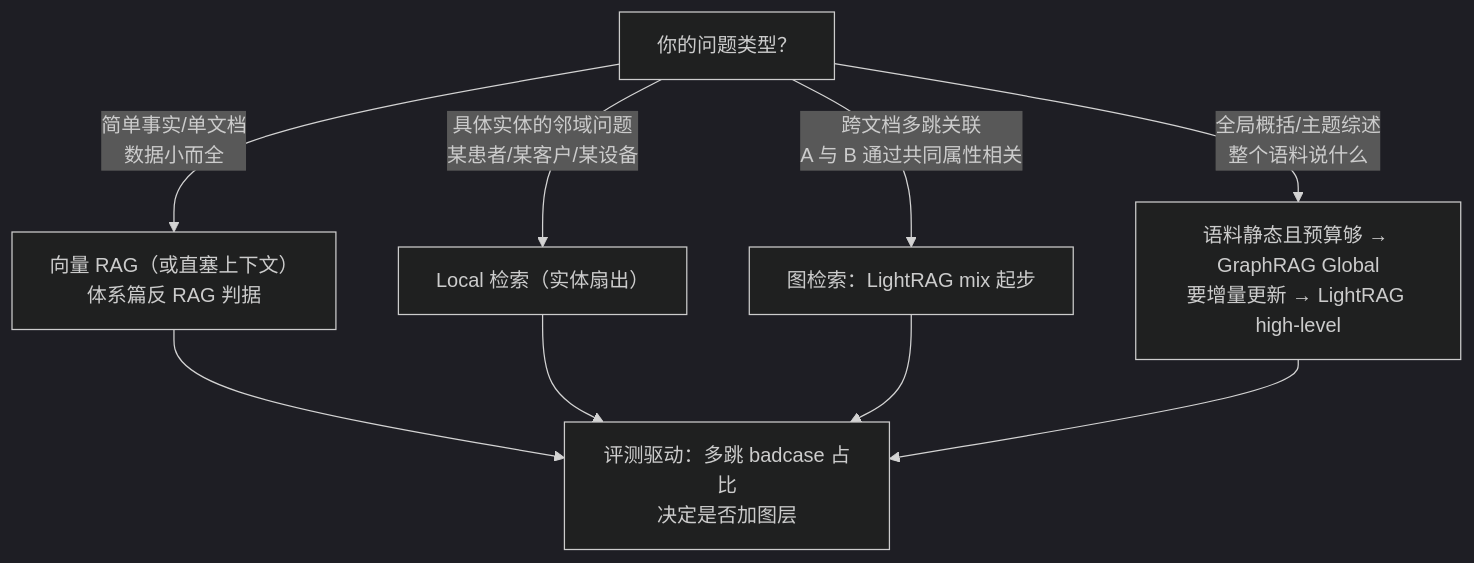
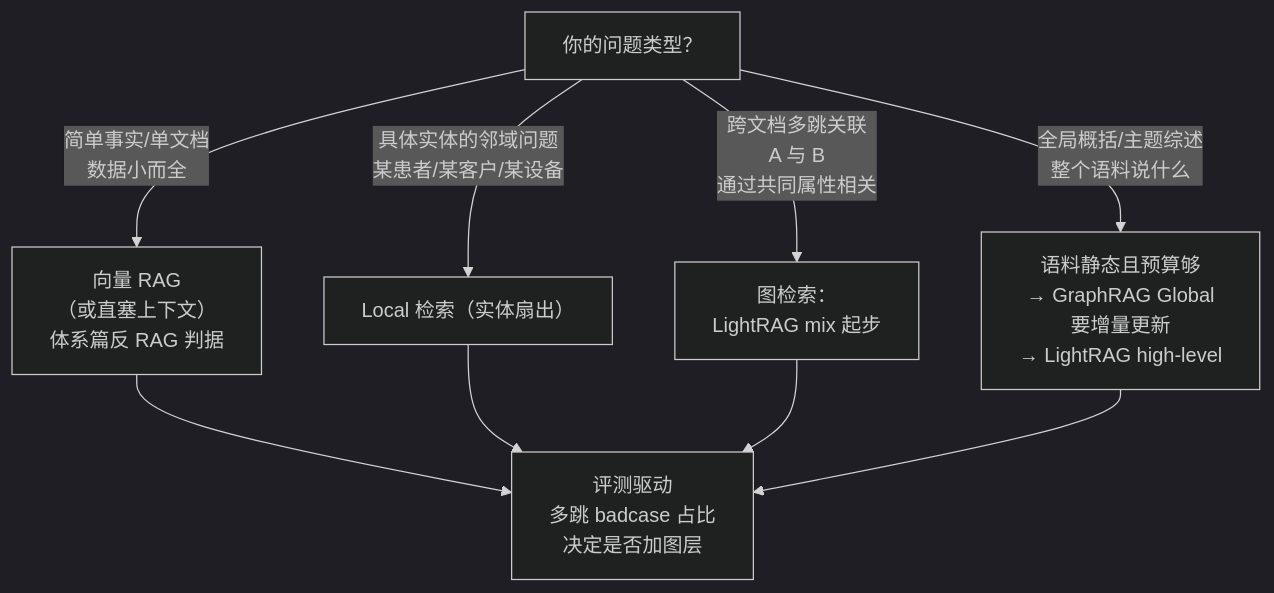
One commit to Mein-Augenstern/MUYI changed the diagram in B-AI工程/rag/GraphRAG与知识图谱检索-多跳问题的解法.md. Above: the diagram before and after it, drawn with Mermaid (dark theme). The commit also changed other lines of this file and 3 other files, not shown here.

Commit message:
B轨: 四张老图的标签按实测宽度手动断行——范式全景、评测、多智能体编排、GraphRAG 原先在词中间自动折行（如“敏感信息过 / 滤”“网络隔 / 离”）；多智能体编排的三种拓扑用不可见连线改成上下排列，整图不再被压到看不清

````diff
--- a/B-AI工程/rag/GraphRAG与知识图谱检索-多跳问题的解法.md
+++ b/B-AI工程/rag/GraphRAG与知识图谱检索-多跳问题的解法.md
@@ -78,8 +78,8 @@
 ```mermaid
 flowchart TD
-    Q["你的问题类型？"] -->|"简单事实/单文档<br/>数据小而全"| N["向量 RAG（或直塞上下文）<br/>体系篇反 RAG 判据"]
+    Q["你的问题类型？"] -->|"简单事实/单文档<br/>数据小而全"| N["向量 RAG<br/>（或直塞上下文）<br/>体系篇反 RAG 判据"]
     Q -->|"具体实体的邻域问题<br/>某患者/某客户/某设备"| L["Local 检索（实体扇出）"]
-    Q -->|"跨文档多跳关联<br/>A 与 B 通过共同属性相关"| G["图检索：LightRAG mix 起步"]
-    Q -->|"全局概括/主题综述<br/>整个语料说什么"| H["语料静态且预算够 → GraphRAG Global<br/>要增量更新 → LightRAG high-level"]
-    N & L & G & H --> E["评测驱动：多跳 badcase 占比<br/>决定是否加图层"]
+    Q -->|"跨文档多跳关联<br/>A 与 B<br/>通过共同属性相关"| G["图检索：<br/>LightRAG mix 起步"]
+    Q -->|"全局概括/主题综述<br/>整个语料说什么"| H["语料静态且预算够<br/>→ GraphRAG Global<br/>要增量更新<br/>→ LightRAG high-level"]
+    N & L & G & H --> E["评测驱动<br/>多跳 badcase 占比<br/>决定是否加图层"]
 ```
````
